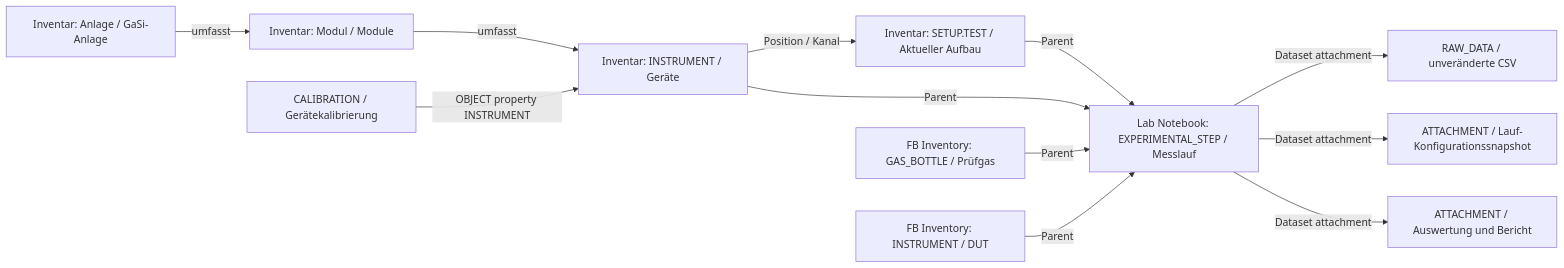
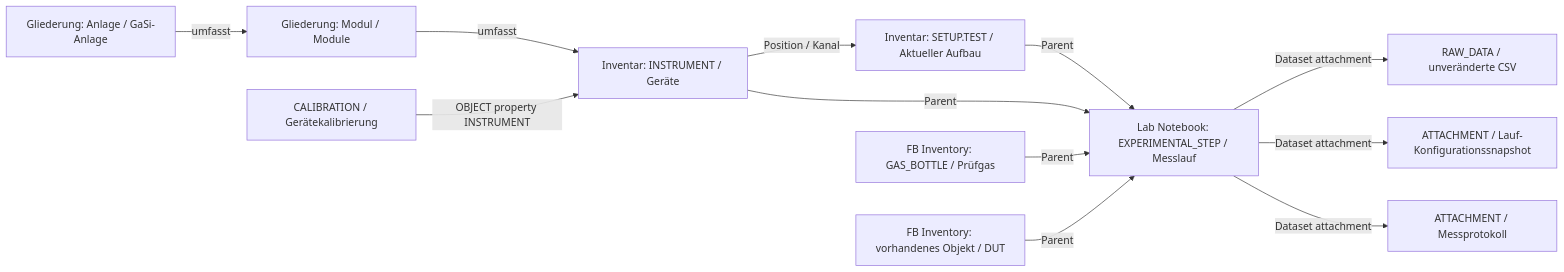
Before and after one commit to pneumann1980/gasi-openbis: the first of 2 diagrams in docs/GaSi_Datenmodell.md, drawn with Mermaid. The commit also changed other lines of this file and 13 other files, not shown here.

````diff
--- a/docs/GaSi_Datenmodell.md
+++ b/docs/GaSi_Datenmodell.md
@@ -98,14 +133,14 @@
 ```mermaid
 flowchart LR
-    A[Inventar: Anlage / GaSi-Anlage] -->|umfasst| M[Inventar: Modul / Module]
+    A[Gliederung: Anlage / GaSi-Anlage] -->|umfasst| M[Gliederung: Modul / Module]
     M -->|umfasst| I[Inventar: INSTRUMENT / Geräte]
     I -->|Position / Kanal| S[Inventar: SETUP.TEST / Aktueller Aufbau]
     S -->|Parent| R[Lab Notebook: EXPERIMENTAL_STEP / Messlauf]
     I -->|Parent| R
     G[FB Inventory: GAS_BOTTLE / Prüfgas] -->|Parent| R
-    D[FB Inventory: INSTRUMENT / DUT] -->|Parent| R
+    D[FB Inventory: vorhandenes Objekt / DUT] -->|Parent| R
     R -->|Dataset attachment| CSV[RAW_DATA / unveränderte CSV]
     R -->|Dataset attachment| CFG[ATTACHMENT / Lauf-Konfigurationssnapshot]
-    R -->|Dataset attachment| RES[ATTACHMENT / Auswertung und Bericht]
+    R -->|Dataset attachment| RES[ATTACHMENT / Messprotokoll]
     C[CALIBRATION / Gerätekalibrierung] -->|OBJECT property INSTRUMENT| I
 ```
````
